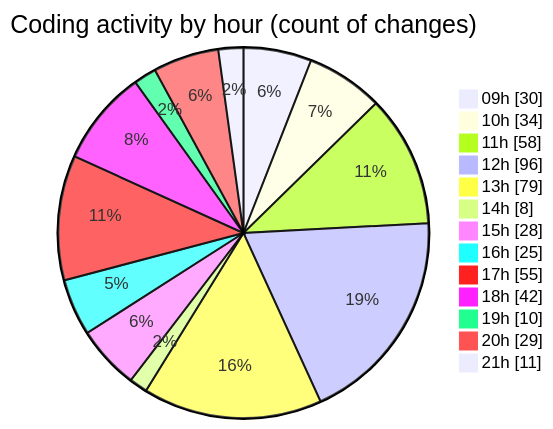
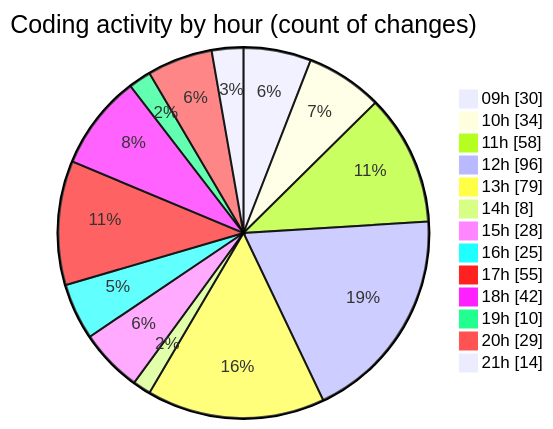
One commit to momahboobian/code-tracking changed the second of 2 diagrams in 2025-04-02/cda/README.md. Above: the diagram before and after it, drawn with Mermaid. The commit also changed other lines of this file and 1 other file, not shown here.

````diff
--- a/2025-04-02/cda/README.md
+++ b/2025-04-02/cda/README.md
@@ -40,17 +40,17 @@
 ```mermaid
 pie showData
 title Coding activity by hour (count of changes)
 "09h" : 30
 "10h" : 34
 "11h" : 58
 "12h" : 96
 "13h" : 79
 "14h" : 8
 "15h" : 28
 "16h" : 25
 "17h" : 55
 "18h" : 42
 "19h" : 10
 "20h" : 29
-"21h" : 11
+"21h" : 14
 ```
````
